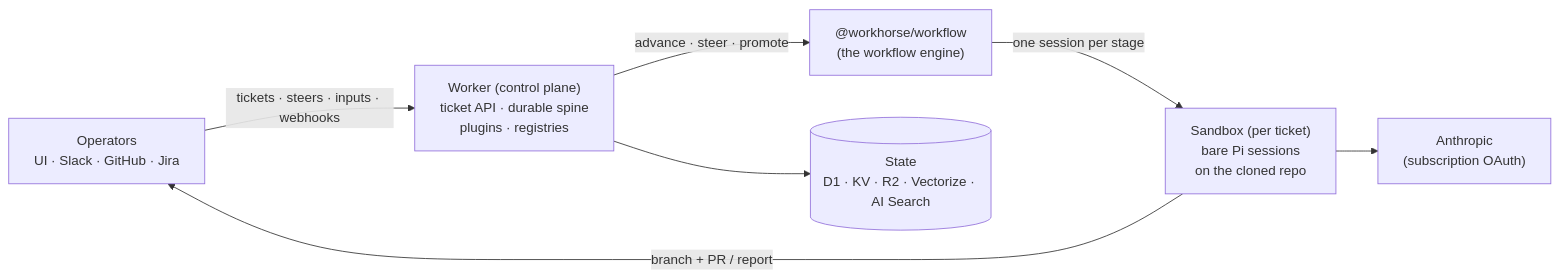
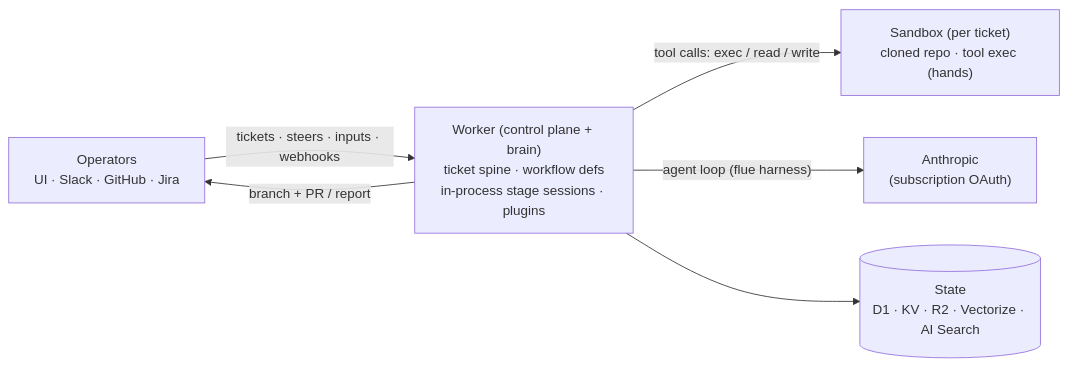
The diagram in README.md (StevenJPx2/workhorse), drawn with Mermaid before and after one commit. The commit also changed other lines of this file, not shown here.

First line of the commit message:
docs: rewrite README for the flue-first architecture

````diff
--- a/README.md
+++ b/README.md
@@ -10,16 +10,14 @@
 ```mermaid
 flowchart LR
     OPS["Operators<br/>UI · Slack · GitHub · Jira"]
-    WORKER["Worker (control plane)<br/>ticket API · durable spine<br/>plugins · registries"]
-    ENGINE["@workhorse/workflow<br/>(the workflow engine)"]
-    SANDBOX["Sandbox (per ticket)<br/>bare Pi sessions<br/>on the cloned repo"]
+    WORKER["Worker (control plane + brain)<br/>ticket spine · workflow defs<br/>in-process stage sessions · plugins"]
+    SANDBOX["Sandbox (per ticket)<br/>cloned repo · tool exec (hands)"]
     STATE[("State<br/>D1 · KV · R2 · Vectorize · AI Search")]
     LLM["Anthropic<br/>(subscription OAuth)"]
 
     OPS -->|"tickets · steers · inputs · webhooks"| WORKER
-    WORKER -->|"advance · steer · promote"| ENGINE
-    ENGINE -->|"one session per stage"| SANDBOX
+    WORKER -->|"tool calls: exec / read / write"| SANDBOX
+    WORKER -->|"agent loop (flue harness)"| LLM
     WORKER --> STATE
-    SANDBOX --> LLM
-    SANDBOX -->|"branch + PR / report"| OPS
+    WORKER -->|"branch + PR / report"| OPS
 ```
````
